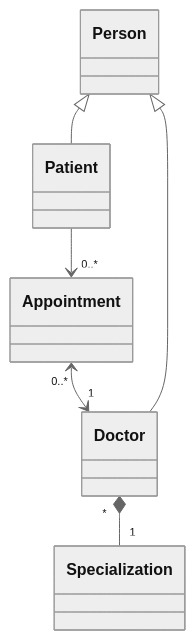
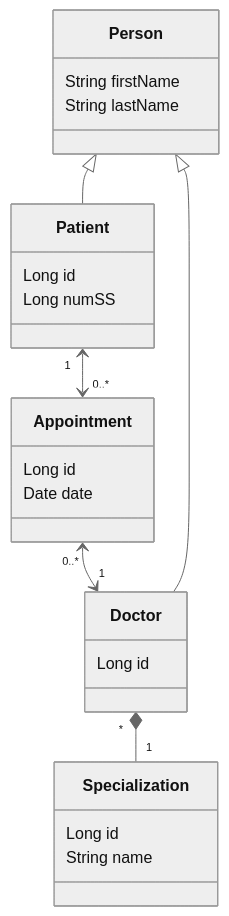
The diagram in README.md (barais/tpjpa2024), drawn with Mermaid (neutral theme) before and after one commit.

````diff
--- a/README.md
+++ b/README.md
@@ -10,8 +10,33 @@
 ```mermaid
 classDiagram
-	Patient --> "0..*" Appointment  
-  Appointment "0..*" <--> "1" Doctor
-  Doctor "*" *-- "1" Specialization
-  Person <|-- Patient
-  Person <|-- Doctor
+    Patient "1" <--> "0..*" Appointment  
+    Appointment "0..*" <--> "1" Doctor
+    Doctor "*" *-- "1" Specialization
+    Person <|-- Patient
+    Person <|-- Doctor
+
+    class Person {
+       String firstName    
+       String lastName
+    }
+
+    class Patient {
+        Long id
+        Long numSS
+    }
+
+    class Specialization {
+        Long id
+        String name
+    }
+
+    class Doctor {
+        Long id
+    }
+
+    class Appointment {
+        Long id
+        Date date
+    }
+
 ```
````
